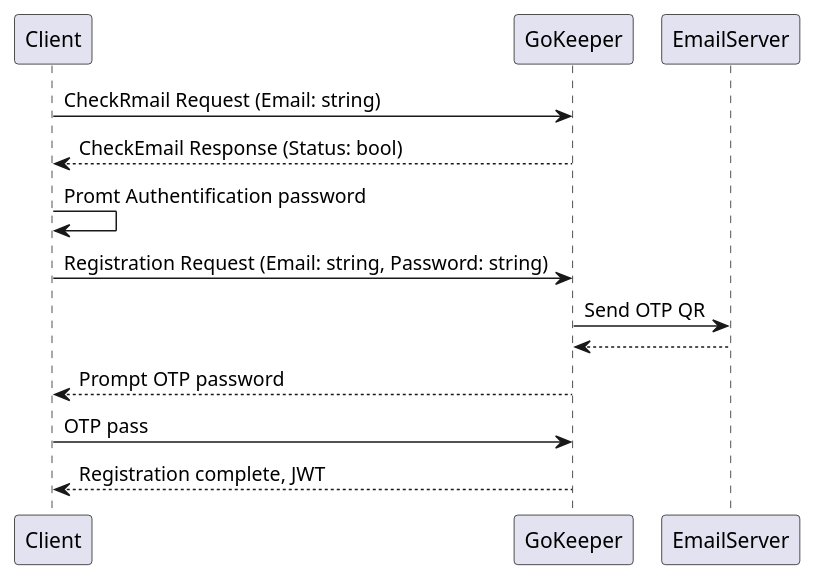
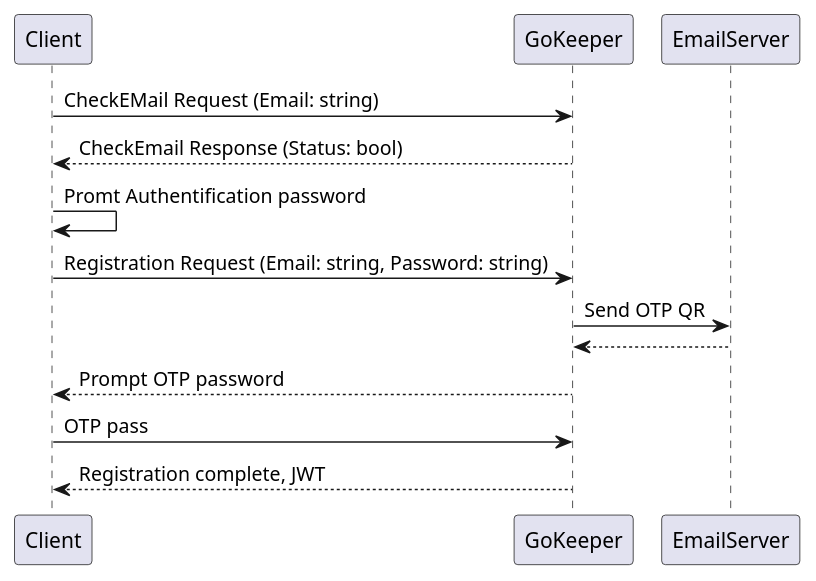
Before and after one commit to StasMerzlyakov/gophkeeper: the first of 3 diagrams in README.md, drawn with PlantUML. The commit also changed other lines of this file and 16 other files, not shown here.

````diff
--- a/README.md
+++ b/README.md
@@ -19,13 +19,13 @@
 ```plantuml
 @startuml
-Client->GoKeeper: CheckRmail Request (Email: string)
+Client->GoKeeper: CheckEMail Request (Email: string)
 GoKeeper--->Client: CheckEmail Response (Status: bool)
 Client->Client: Promt Authentification password
 Client->GoKeeper: Registration Request (Email: string, Password: string)
 GoKeeper-> EmailServer: Send OTP QR
 EmailServer-->GoKeeper:
 GoKeeper-->Client: Prompt OTP password
 Client->GoKeeper: OTP pass
 GoKeeper-->Client: Registration complete, JWT
 @enduml
 ```
````
